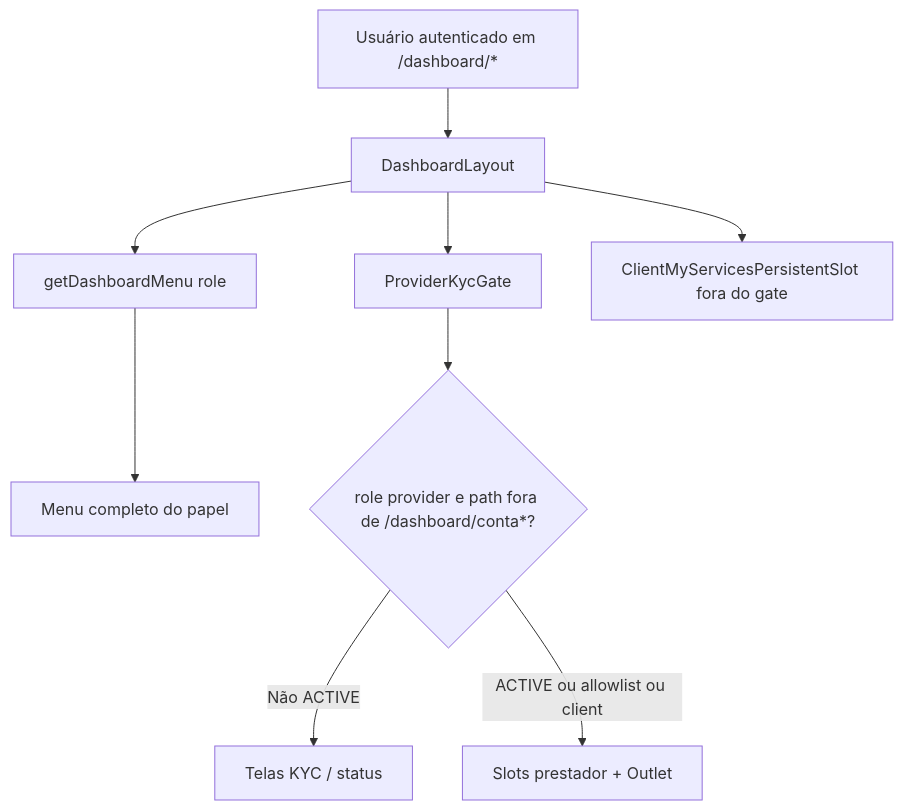
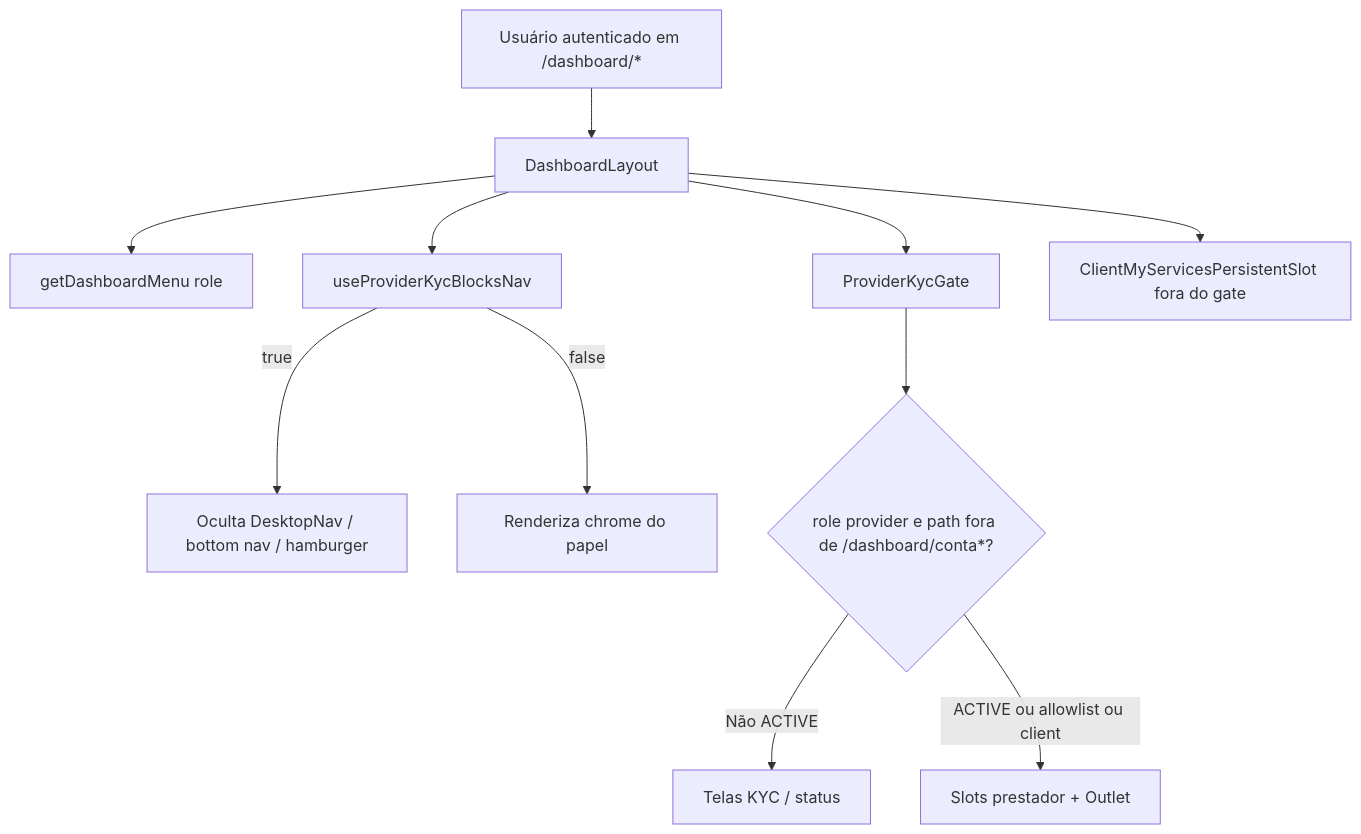
Before and after one commit to higorpo/renovi-orbit-test: the diagram in docs/business/modulos/dashboard-shell/features/placeholders-e-menu.md, drawn with Mermaid. The commit also changed other lines of this file and 43 other files, not shown here.

````diff
--- a/docs/business/modulos/dashboard-shell/features/placeholders-e-menu.md
+++ b/docs/business/modulos/dashboard-shell/features/placeholders-e-menu.md
@@ -56,11 +56,13 @@
 ```mermaid
 flowchart TD
   A[Usuário autenticado em /dashboard/*] --> B[DashboardLayout]
   B --> C[getDashboardMenu role]
-  C --> G[Menu completo do papel]
+  B --> N[useProviderKycBlocksNav]
+  N -->|true| O[Oculta DesktopNav / bottom nav / hamburger]
+  N -->|false| G[Renderiza chrome do papel]
   B --> H[ProviderKycGate]
   H --> I{role provider e path fora de /dashboard/conta*?}
   I -->|Não ACTIVE| J[Telas KYC / status]
   I -->|ACTIVE ou allowlist ou client| K[Slots prestador + Outlet]
   B --> L[ClientMyServicesPersistentSlot fora do gate]
 ```
````
